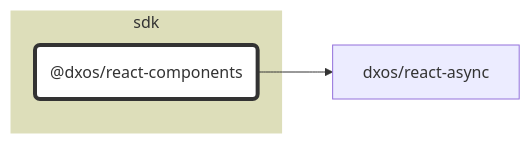
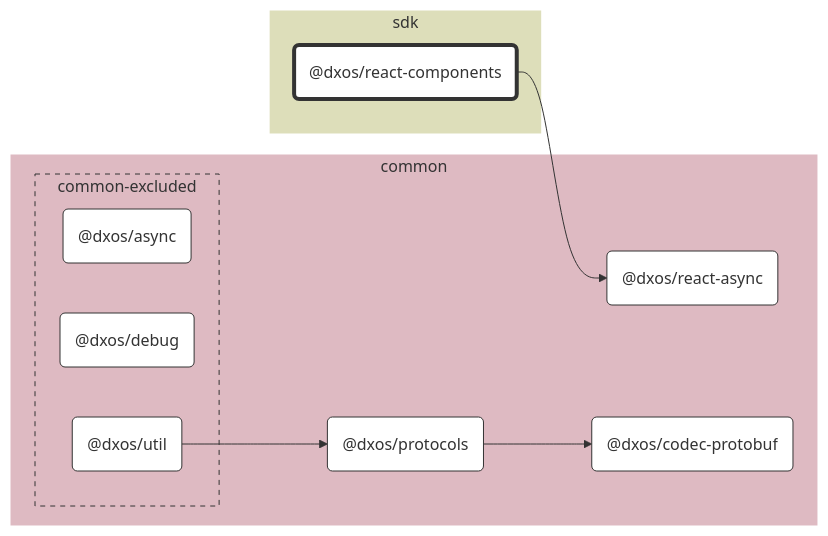
The diagram in packages/sdk/react-components/docs/README.md (dxos/dxos), drawn with Mermaid before and after one commit. The commit also changed 65 other files, not shown here.

````diff
--- a/packages/sdk/react-components/docs/README.md
+++ b/packages/sdk/react-components/docs/README.md
@@ -7,21 +7,43 @@
 ```mermaid
 %%{ init: {'flowchart':{'curve':'basis'}} }%%
 
 flowchart LR
 
 %% Classes
 classDef def fill:#fff,stroke:#333,stroke-width:1px
 classDef root fill:#fff,stroke:#333,stroke-width:4px
 
 %% Nodes
 
 subgraph sdk [sdk]
   style sdk fill:#dddeba,stroke:#fff
   dxos/react-components("@dxos/react-components"):::root
   click dxos/react-components "dxos/dxos/tree/main/packages/sdk/react-components/docs"
 end
 
+subgraph common [common]
+  style common fill:#debac2,stroke:#fff
+  dxos/react-async("@dxos/react-async"):::def
+  click dxos/react-async "dxos/dxos/tree/main/packages/common/react-async/docs"
+  dxos/protocols("@dxos/protocols"):::def
+  click dxos/protocols "dxos/dxos/tree/main/packages/common/protocols/docs"
+  dxos/codec-protobuf("@dxos/codec-protobuf"):::def
+  click dxos/codec-protobuf "dxos/dxos/tree/main/packages/common/codec-protobuf/docs"
+
+  subgraph common-excluded [common-excluded]
+    style common-excluded fill:#debac2,stroke:#333,stroke-dasharray:5 5
+    dxos/async("@dxos/async"):::def
+    click dxos/async "dxos/dxos/tree/main/packages/common/async/docs"
+    dxos/debug("@dxos/debug"):::def
+    click dxos/debug "dxos/dxos/tree/main/packages/common/debug/docs"
+    dxos/util("@dxos/util"):::def
+    click dxos/util "dxos/dxos/tree/main/packages/common/util/docs"
+  end
+end
+
 %% Links
 linkStyle default stroke:#333,stroke-width:1px
 dxos/react-components --> dxos/react-async
+dxos/util --> dxos/protocols
+dxos/protocols --> dxos/codec-protobuf
 ```
````
